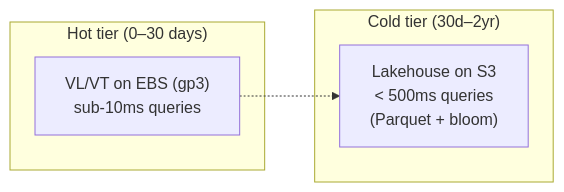
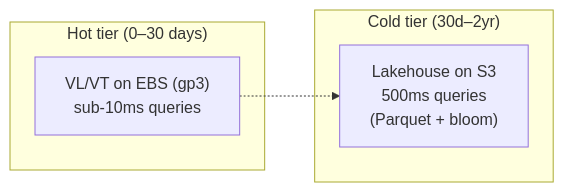
One commit to ReliablyObserve/victoria-lakehouse changed the first of 4 diagrams in docs/cost-comparison.md. Above: the diagram before and after it, drawn with Mermaid. The commit also changed other lines of this file and 84 other files, not shown here.

````diff
--- a/docs/cost-comparison.md
+++ b/docs/cost-comparison.md
@@ -20,10 +22,10 @@
 ```mermaid
 flowchart LR
     subgraph "Hot tier (0–30 days)"
-        VL["VL/VT on EBS (gp3)\nsub-10ms queries"]
+        VL["VL/VT on EBS (gp3)<br/>sub-10ms queries"]
     end
     subgraph "Cold tier (30d–2yr)"
-        LH["Lakehouse on S3\n< 500ms queries\n(Parquet + bloom)"]
+        LH["Lakehouse on S3<br/>500ms queries<br/>(Parquet + bloom)"]
     end
     VL -.-> LH
 ```
````
